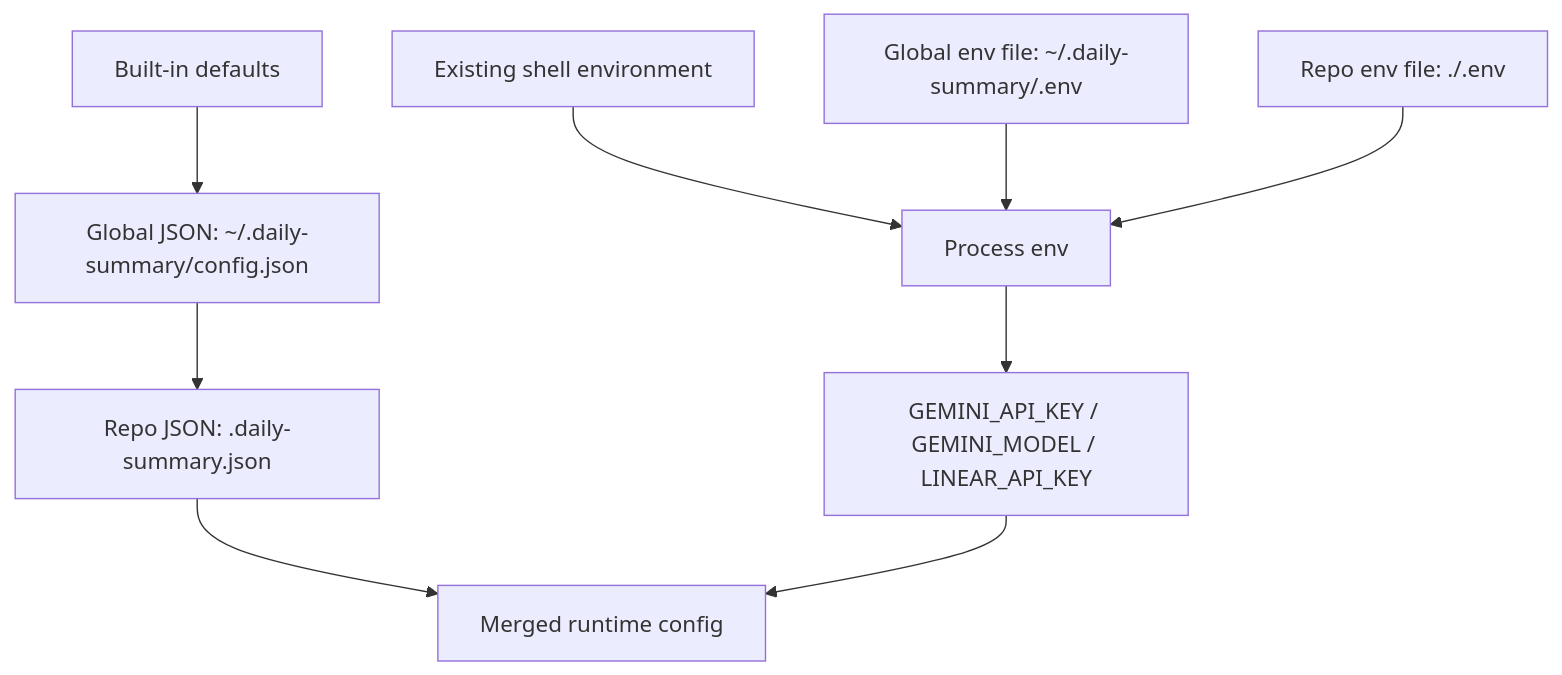
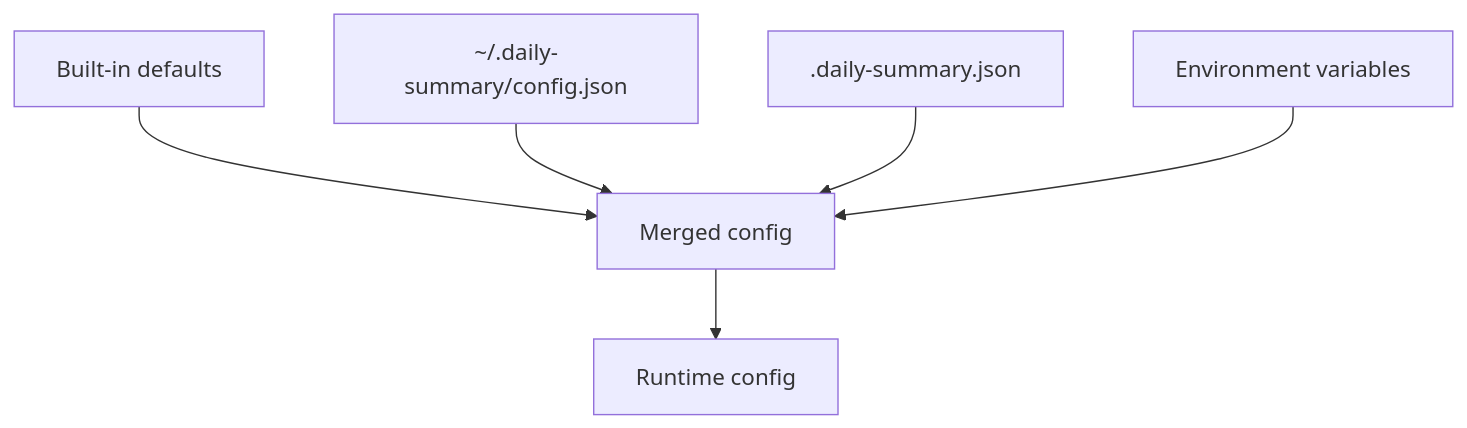
Before and after one commit to Vedant1202/work-summarizer: the second of 2 diagrams in README.md, drawn with Mermaid. The commit also changed other lines of this file and 2 other files, not shown here.

````diff
--- a/README.md
+++ b/README.md
@@ -105,11 +76,8 @@
 ```mermaid
 flowchart TD
-  A["Built-in defaults"] --> B["Global JSON: ~/.daily-summary/config.json"]
-  B --> C["Repo JSON: .daily-summary.json"]
-  D["Existing shell environment"] --> E["Process env"]
-  F["Global env file: ~/.daily-summary/.env"] --> E
-  G["Repo env file: ./.env"] --> E
-  E --> H["GEMINI_API_KEY / GEMINI_MODEL / LINEAR_API_KEY"]
-  C --> I["Merged runtime config"]
-  H --> I
+  A["Built-in defaults"] --> E["Merged config"]
+  B["~/.daily-summary/config.json"] --> E
+  C[".daily-summary.json"] --> E
+  D["Environment variables"] --> E
+  E --> F["Runtime config"]
 ```
````
